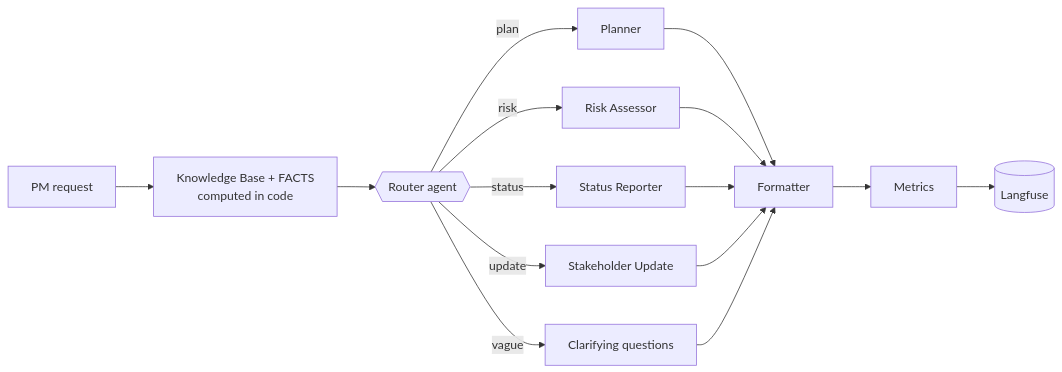
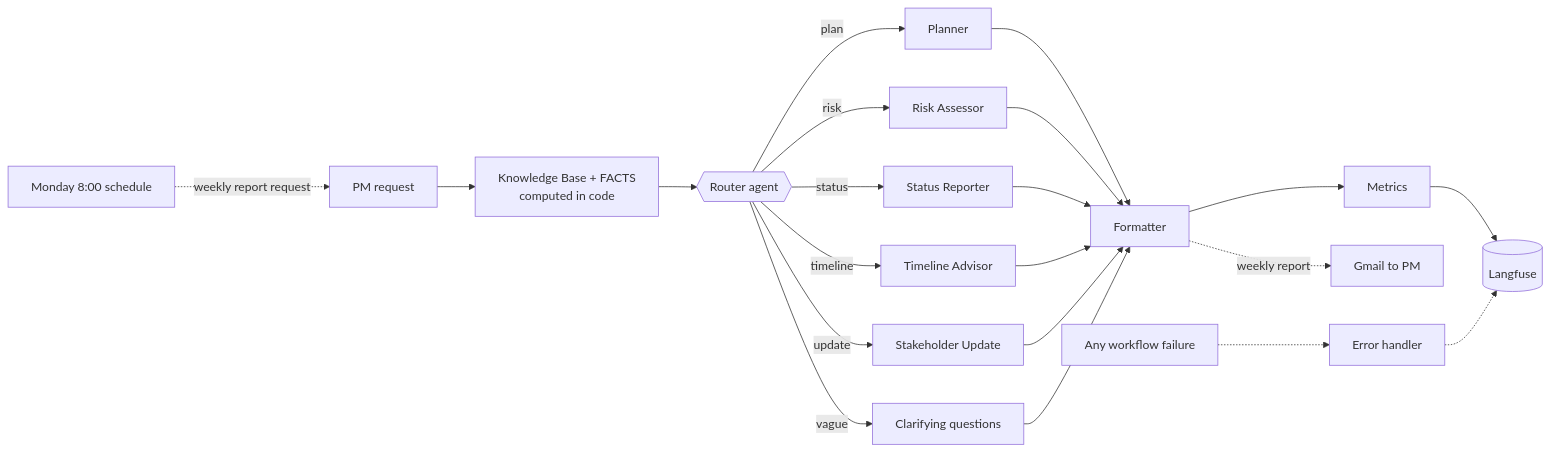
The diagram in README.md (m-annam/mira-capstone), drawn with Mermaid before and after one commit. The commit also changed other lines of this file and 44 other files, not shown here.

First line of the commit message:
Add Timeline Advisor agent (v7), weekly email, error handler, Langfuse prompts

````diff
--- a/README.md
+++ b/README.md
@@ -31,11 +35,15 @@
 ```mermaid
 flowchart LR
   Q[PM request] --> KB[Knowledge Base + FACTS<br/>computed in code]
   KB --> R{{Router agent}}
   R -->|plan| P[Planner]
   R -->|risk| K[Risk Assessor]
   R -->|status| S[Status Reporter]
+  R -->|timeline| T[Timeline Advisor]
   R -->|update| U[Stakeholder Update]
   R -->|vague| C[Clarifying questions]
-  P & K & S & U & C --> F[Formatter] --> E[Metrics] --> L[(Langfuse)]
+  P & K & S & T & U & C --> F[Formatter] --> E[Metrics] --> L[(Langfuse)]
+  W[Monday 8:00 schedule] -.->|weekly report request| Q
+  F -.->|weekly report| G[Gmail to PM]
+  X[Any workflow failure] -.-> EH[Error handler] -.-> L
 ```
````
